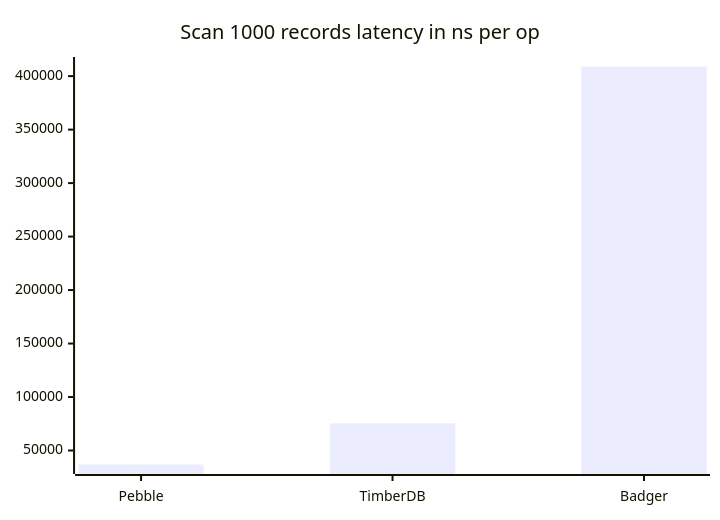
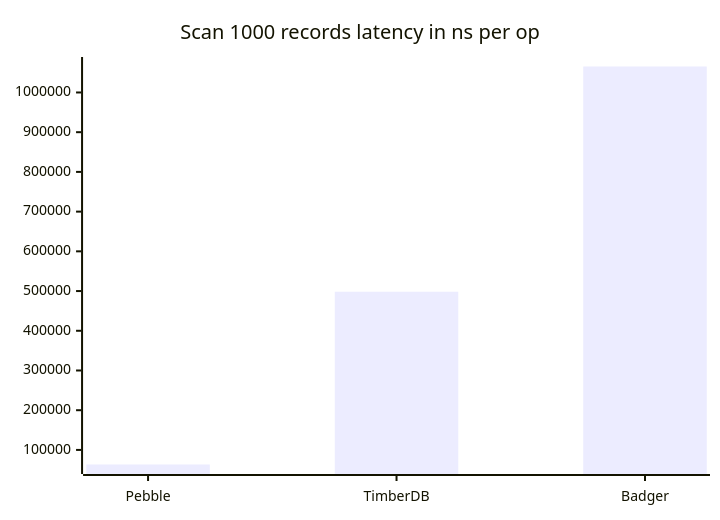
The third of 3 diagrams in README.md (ngaddam369/timberdb), drawn with Mermaid before and after one commit. The commit also changed other lines of this file and 11 other files, not shown here.

````diff
--- a/README.md
+++ b/README.md
@@ -76,6 +77,6 @@
 ```mermaid
 xychart-beta
     title "Scan 1000 records latency in ns per op"
     x-axis [Pebble, TimberDB, Badger]
-    bar [36924, 75478, 409002]
+    bar [63301, 498343, 1065390]
 ```
````
